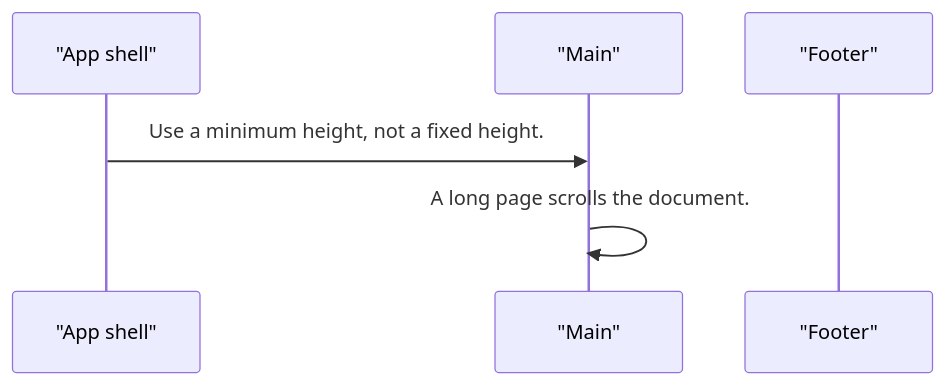
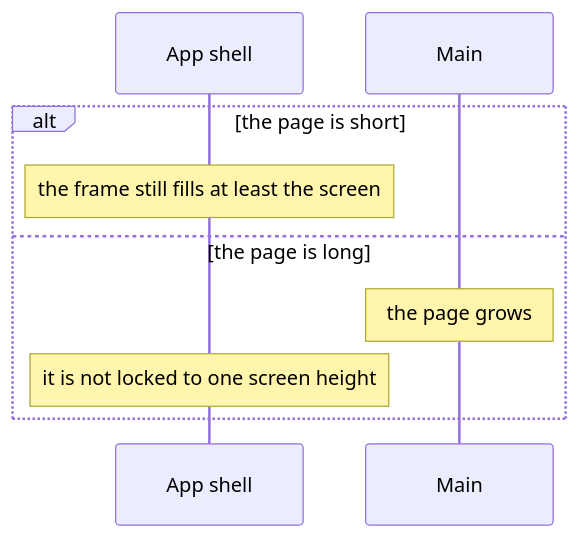
The third of 3 diagrams in projects/pixel-ui/src/lib/pixel-app-shell/DESIGN.md (RajshekharBorate/pixel-ui), drawn with Mermaid before and after one commit. The commit also changed other lines of this file and 73 other files, not shown here.

Commit message:
Explain who owns each value and what each flow does in every component and service design.

````diff
--- a/projects/pixel-ui/src/lib/pixel-app-shell/DESIGN.md
+++ b/projects/pixel-ui/src/lib/pixel-app-shell/DESIGN.md
@@ -63,8 +80,11 @@
 ```mermaid
 sequenceDiagram
-  participant shell as "App shell"
-  participant main as "Main"
-  participant footer as "Footer"
-  shell->>main: Use a minimum height, not a fixed height.
-  main->>main: A long page scrolls the document.
+  participant Shell as App shell
+  participant Main as Main
+  alt the page is short
+    Note over Shell: the frame still fills at least the screen
+  else the page is long
+    Note over Main: the page grows
+    Note over Shell: it is not locked to one screen height
+  end
 ```
````
